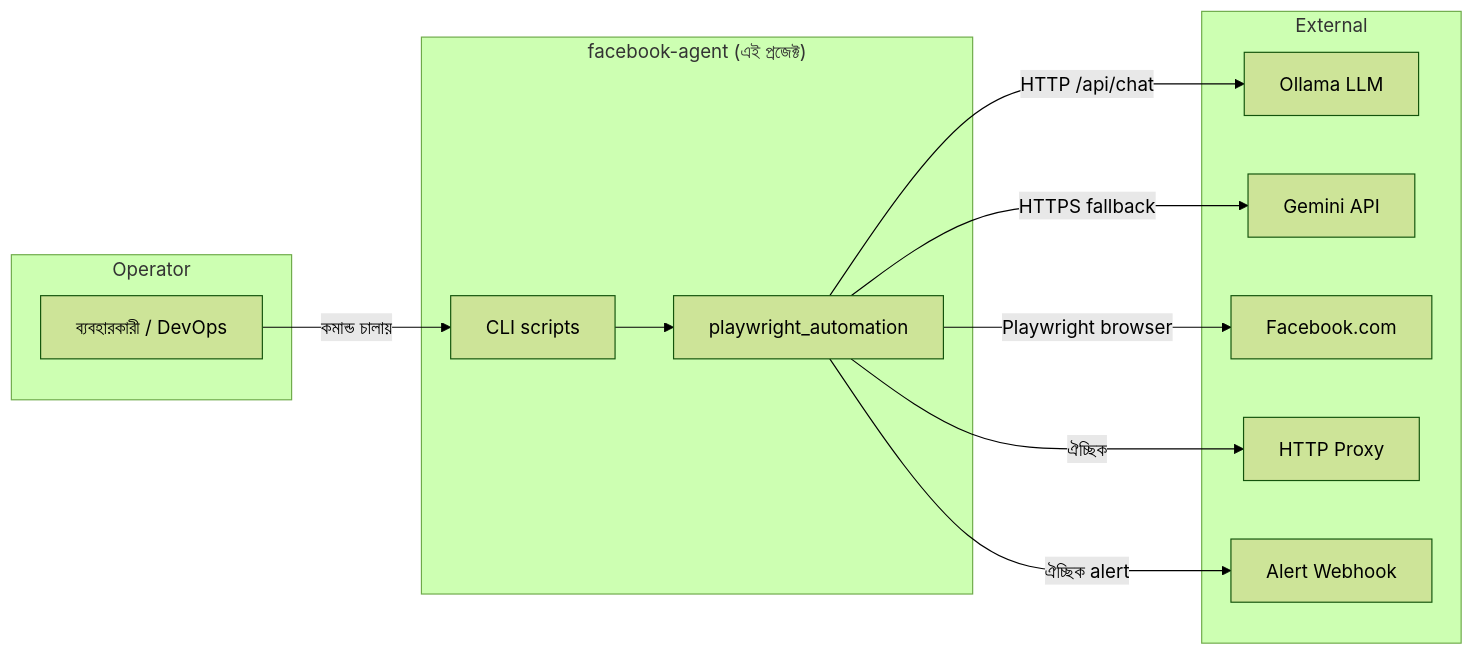
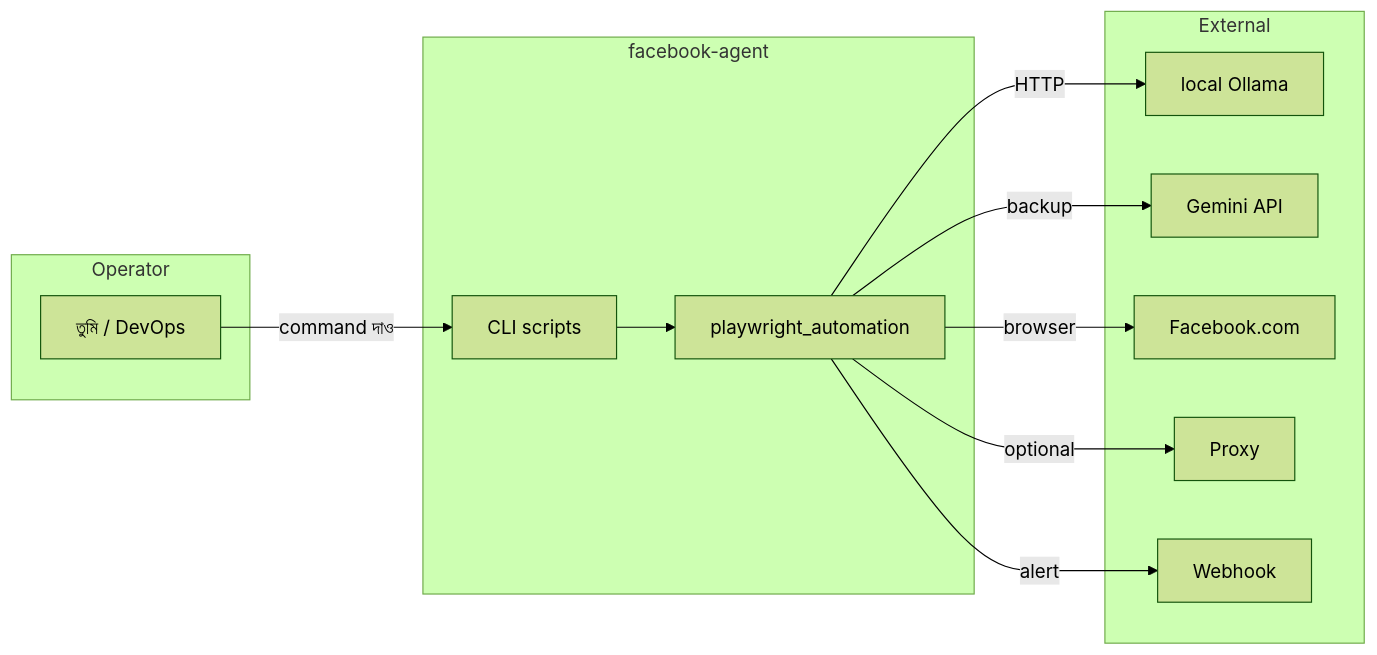
One commit to mohammad-al-samiul/facebook-bot changed the first of 4 diagrams in docs/SYSTEM_DESIGN_BN.md. Above: the diagram before and after it, drawn with Mermaid (forest theme). The commit also changed other lines of this file and 1 other file, not shown here.

````diff
--- a/docs/SYSTEM_DESIGN_BN.md
+++ b/docs/SYSTEM_DESIGN_BN.md
@@ -63,27 +63,27 @@
 ```mermaid
 flowchart LR
     subgraph Operator
-        U[ব্যবহারকারী / DevOps]
+        U[তুমি / DevOps]
     end
 
-    subgraph facebook_agent["facebook-agent (এই প্রজেক্ট)"]
+    subgraph facebook_agent["facebook-agent"]
         CLI[CLI scripts]
         PA[playwright_automation]
         CLI --> PA
     end
 
     subgraph External
-        OLL[Ollama LLM]
+        OLL[local Ollama]
         GEM[Gemini API]
         FB[Facebook.com]
-        PX[HTTP Proxy]
-        WH[Alert Webhook]
+        PX[Proxy]
+        WH[Webhook]
     end
 
-    U -->|কমান্ড চালায়| CLI
-    PA -->|HTTP /api/chat| OLL
-    PA -->|HTTPS fallback| GEM
-    PA -->|Playwright browser| FB
-    PA -->|ঐচ্ছিক| PX
-    PA -->|ঐচ্ছিক alert| WH
+    U -->|command দাও| CLI
+    PA -->|HTTP| OLL
+    PA -->|backup| GEM
+    PA -->|browser| FB
+    PA -->|optional| PX
+    PA -->|alert| WH
 ```
````
